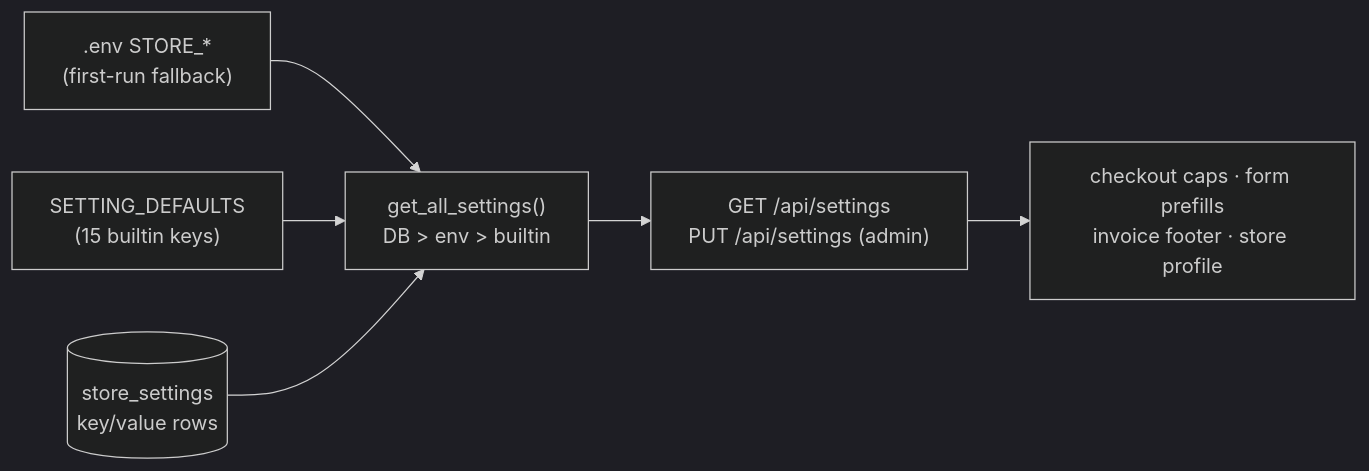
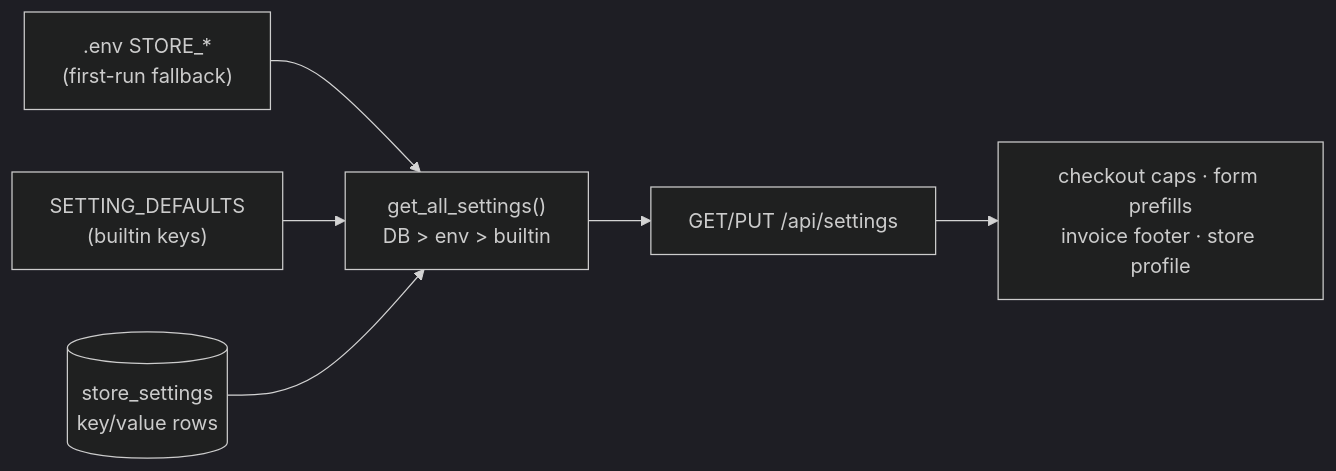
Before and after one commit to vipulverulkar/Indian-Kirana-Store: the fifth of 6 diagrams in docs/ARCHITECTURE.md, drawn with Mermaid (dark theme). The commit also changed other lines of this file and 13 other files, not shown here.

````diff
--- a/docs/ARCHITECTURE.md
+++ b/docs/ARCHITECTURE.md
@@ -103,8 +193,8 @@
 ```mermaid
 flowchart LR
     ENV[".env STORE_*<br/>(first-run fallback)"] --> MERGE
-    DEF["SETTING_DEFAULTS<br/>(15 builtin keys)"] --> MERGE
+    DEF["SETTING_DEFAULTS<br/>(builtin keys)"] --> MERGE
     TBL[("store_settings<br/>key/value rows")] --> MERGE
-    MERGE["get_all_settings()<br/>DB > env > builtin"] --> API["GET /api/settings<br/>PUT /api/settings (admin)"]
+    MERGE["get_all_settings()<br/>DB > env > builtin"] --> API["GET/PUT /api/settings"]
     API --> USE["checkout caps · form prefills<br/>invoice footer · store profile"]
 ```
````
